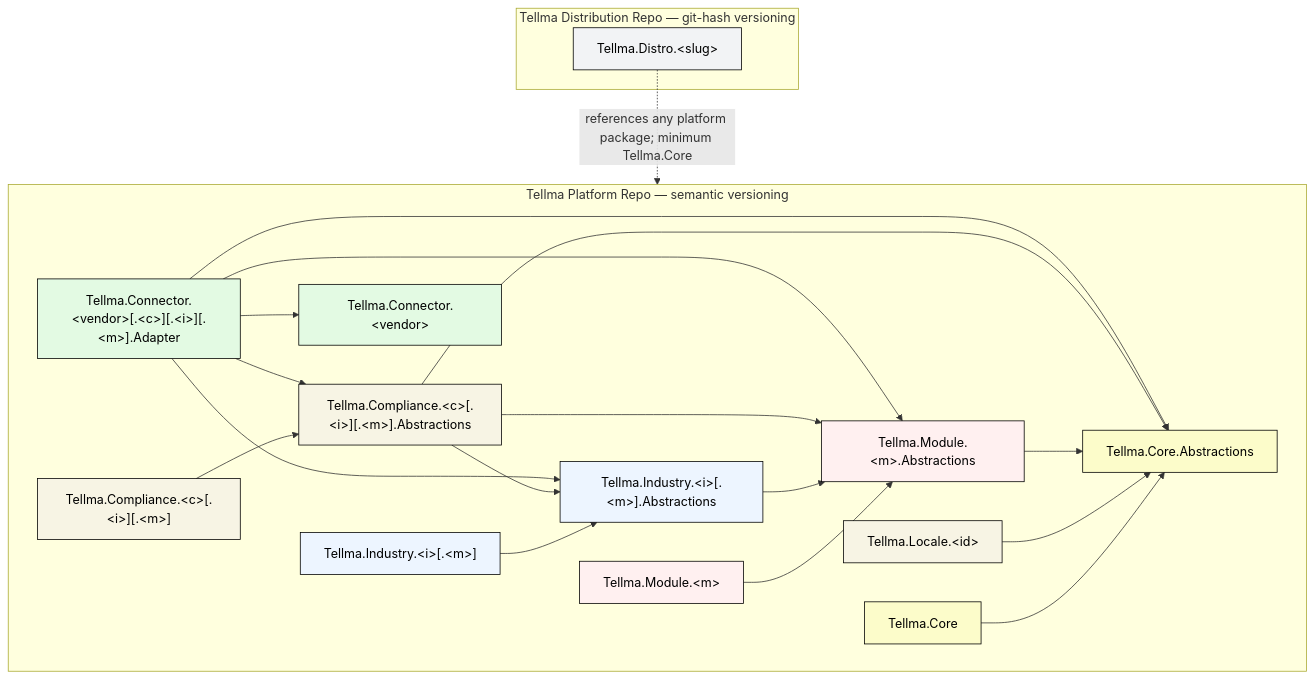
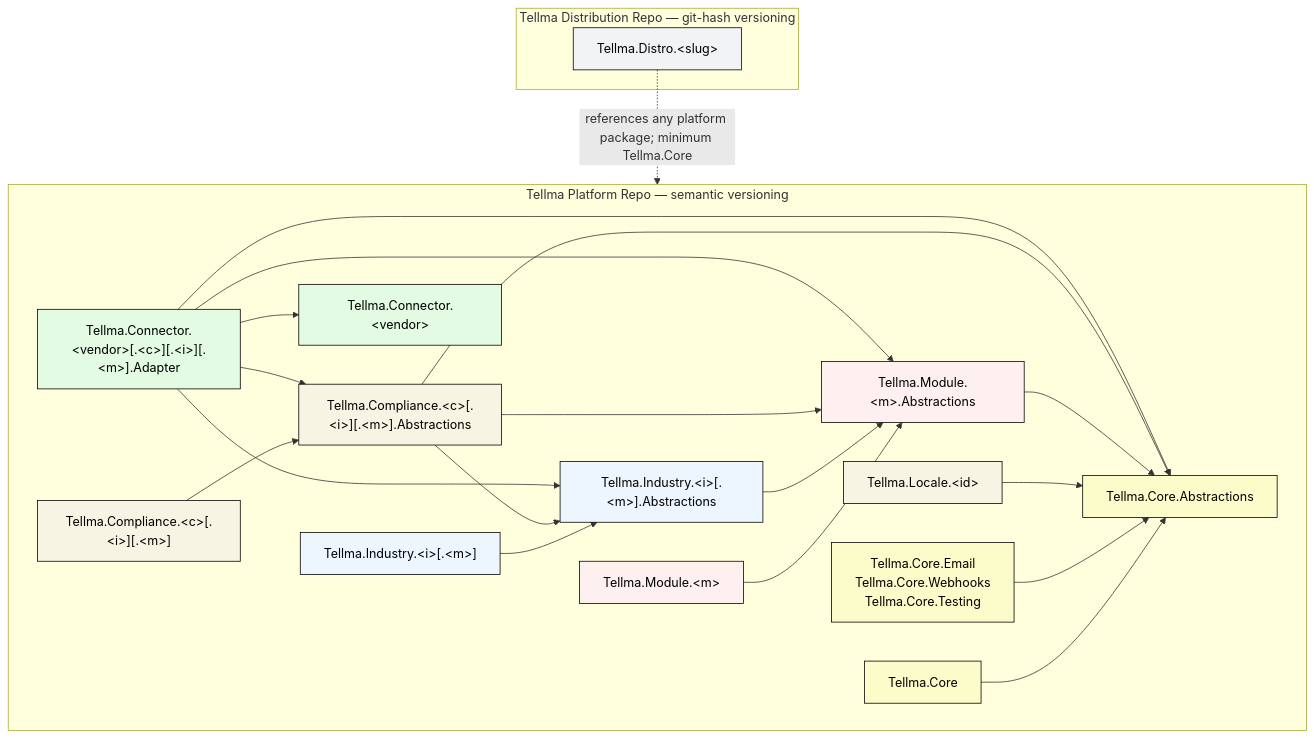
The second of 5 diagrams in ARCHITECTURE.md (tellma-ltd/tellma-platform), drawn with Mermaid before and after one commit. The commit also changed other lines of this file and 208 other files, not shown here.

````diff
--- a/ARCHITECTURE.md
+++ b/ARCHITECTURE.md
@@ -307,46 +325,48 @@
 ```mermaid
 flowchart TB
     classDef core fill:#fcfcca,stroke:#000,color:#000
     classDef module fill:#fff0f0,stroke:#000,color:#000
     classDef locale fill:#f7f4e4,stroke:#000,color:#000
     classDef industry fill:#edf5ff,stroke:#000,color:#000
     classDef compliance fill:#f7f4e4,stroke:#000,color:#000
     classDef connector fill:#e3fae3,stroke:#000,color:#000
     classDef distro fill:#f2f3f5,stroke:#000,color:#000
 
     subgraph PLATFORM["Tellma Platform Repo — semantic versioning"]
         CoreAbs["Tellma.Core.Abstractions"]:::core
         Core["Tellma.Core"]:::core
+        CoreOptional["Tellma.Core.Email<br/>Tellma.Core.Webhooks<br/>Tellma.Core.Testing"]:::core
         ModuleAbs["Tellma.Module.&lt;m&gt;.Abstractions"]:::module
         Module["Tellma.Module.&lt;m&gt;"]:::module
         Locale["Tellma.Locale.&lt;id&gt;"]:::locale
         IndustryAbs["Tellma.Industry.&lt;i&gt;[.&lt;m&gt;].Abstractions"]:::industry
         Industry["Tellma.Industry.&lt;i&gt;[.&lt;m&gt;]"]:::industry
         ComplianceAbs["Tellma.Compliance.&lt;c&gt;[.&lt;i&gt;][.&lt;m&gt;].Abstractions"]:::compliance
         Compliance["Tellma.Compliance.&lt;c&gt;[.&lt;i&gt;][.&lt;m&gt;]"]:::compliance
         Connector["Tellma.Connector.&lt;vendor&gt;"]:::connector
         Adapter["Tellma.Connector.&lt;vendor&gt;[.&lt;c&gt;][.&lt;i&gt;][.&lt;m&gt;].Adapter"]:::connector
 
         Core --> CoreAbs
+        CoreOptional --> CoreAbs
         Locale --> CoreAbs
         Module --> ModuleAbs
         ModuleAbs --> CoreAbs
         Industry --> IndustryAbs
         IndustryAbs --> ModuleAbs
         Compliance --> ComplianceAbs
         ComplianceAbs --> CoreAbs
         ComplianceAbs --> ModuleAbs
         ComplianceAbs --> IndustryAbs
         Adapter --> Connector
         Adapter --> CoreAbs
         Adapter --> ModuleAbs
         Adapter --> IndustryAbs
         Adapter --> ComplianceAbs
     end
 
     subgraph DIST["Tellma Distribution Repo — git-hash versioning"]
         Distro["Tellma.Distro.&lt;slug&gt;"]:::distro
     end
 
     Distro -.->|references any platform package; minimum Tellma.Core| PLATFORM
 ```
````
